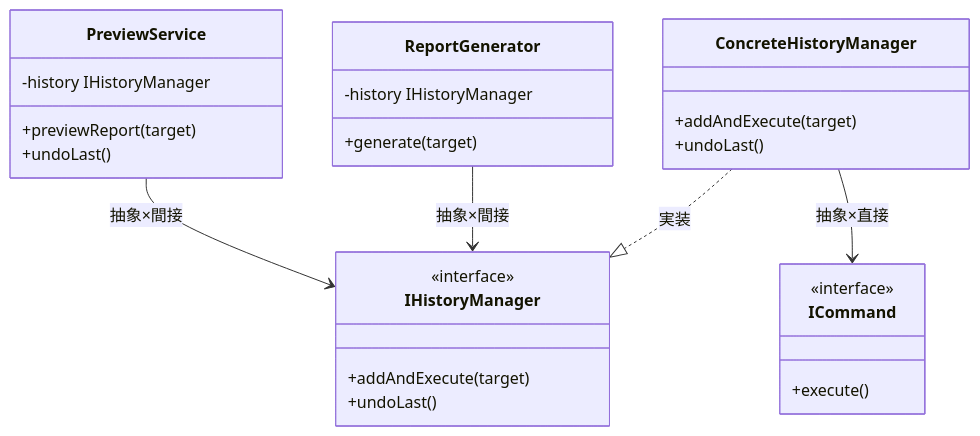
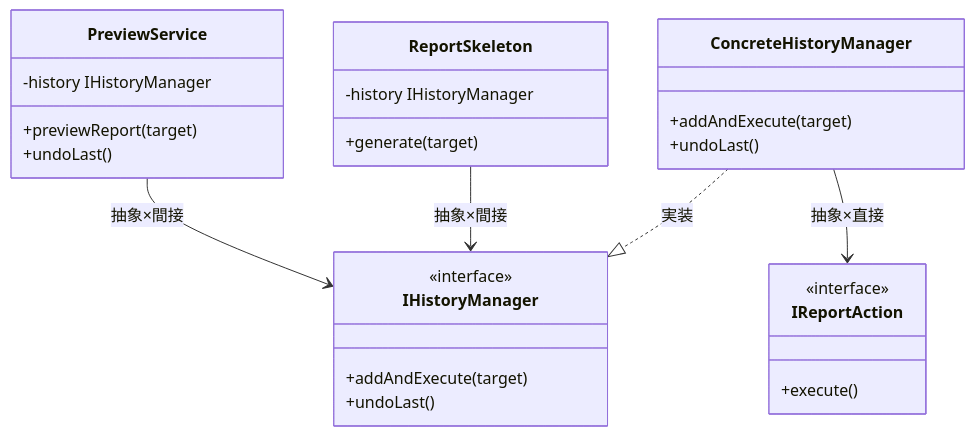
Before and after one commit to kumachan1101-pixel/DesignPattern: the sixth of 9 diagrams in kindle/design-patterns/output/chapter11.md, drawn with Mermaid. The commit also changed other lines of this file, not shown here.

````diff
--- a/kindle/design-patterns/output/chapter11.md
+++ b/kindle/design-patterns/output/chapter11.md
@@ -761,29 +761,29 @@
 ```mermaid
 classDiagram
     class IHistoryManager {
         <<interface>>
         +addAndExecute(target)
         +undoLast()
     }
-    class ICommand {
+    class IReportAction {
         <<interface>>
         +execute()
     }
-    class ReportGenerator {
+    class ReportSkeleton {
         -history IHistoryManager
         +generate(target)
     }
     class PreviewService {
         -history IHistoryManager
         +previewReport(target)
         +undoLast()
     }
     class ConcreteHistoryManager {
         +addAndExecute(target)
         +undoLast()
     }
     ConcreteHistoryManager ..|> IHistoryManager : 実装
-    ReportGenerator --> IHistoryManager : 抽象×間接
+    ReportSkeleton --> IHistoryManager : 抽象×間接
     PreviewService --> IHistoryManager : 抽象×間接
-    ConcreteHistoryManager --> ICommand : 抽象×直接
+    ConcreteHistoryManager --> IReportAction : 抽象×直接
 ```
````
